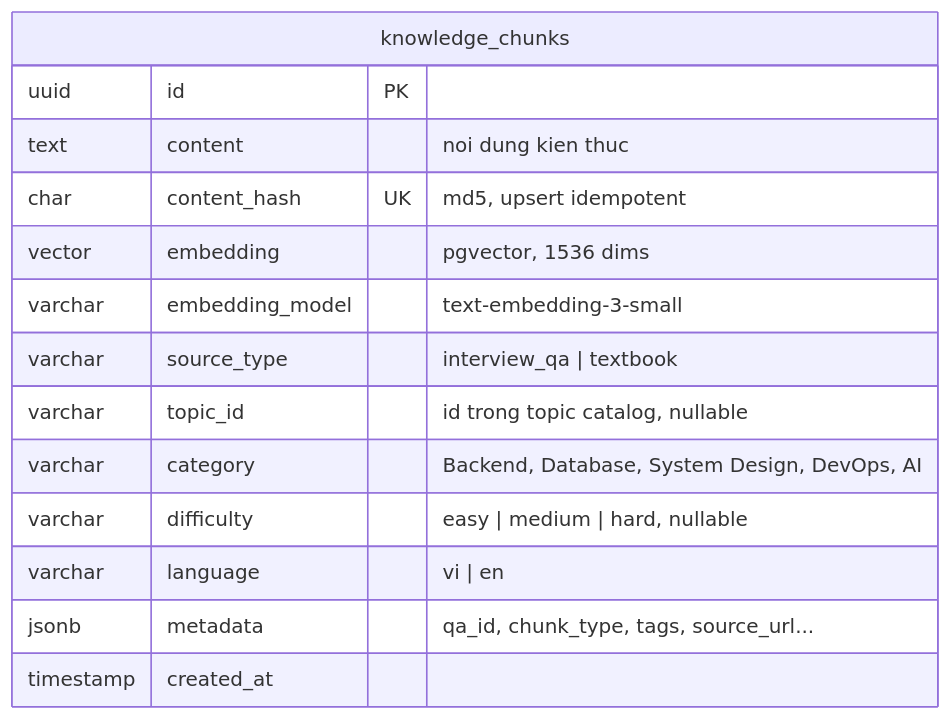
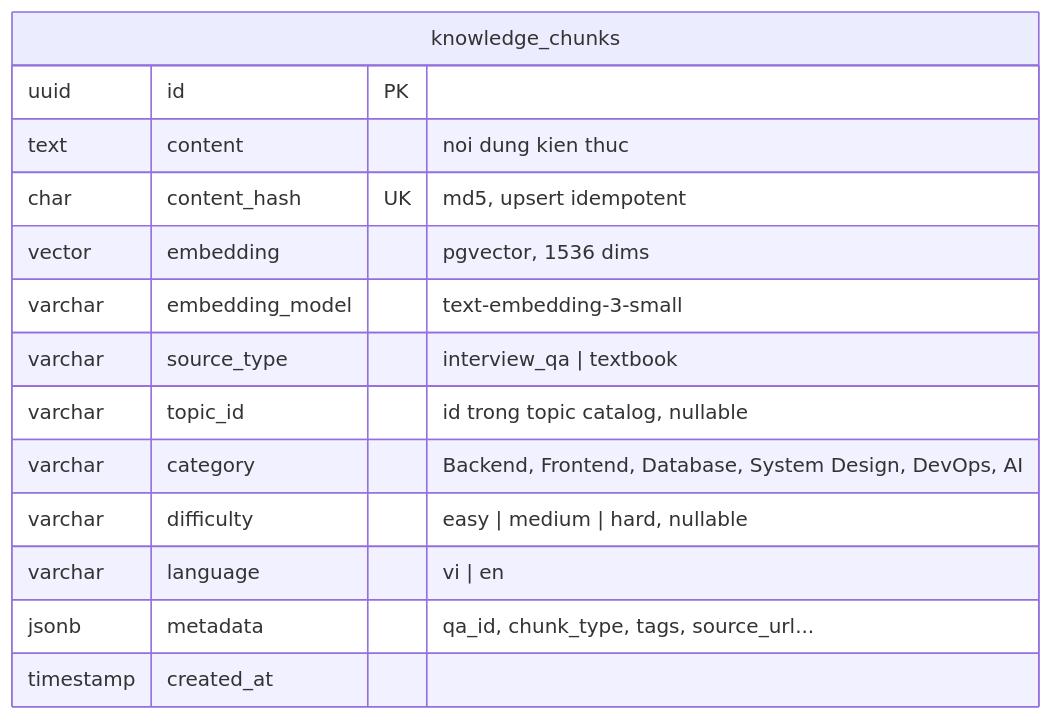
Before and after one commit to minhtuann1102/ai-recruitment-platform: the fifth of 5 diagrams in docs/architecture/data-model.md, drawn with Mermaid. The commit also changed 22 other files, not shown here.

````diff
--- a/docs/architecture/data-model.md
+++ b/docs/architecture/data-model.md
@@ -265,17 +265,17 @@
 ```mermaid
 erDiagram
     knowledge_chunks {
         uuid id PK
         text content "noi dung kien thuc"
         char content_hash UK "md5, upsert idempotent"
         vector embedding "pgvector, 1536 dims"
         varchar embedding_model "text-embedding-3-small"
         varchar source_type "interview_qa | textbook"
         varchar topic_id "id trong topic catalog, nullable"
-        varchar category "Backend, Database, System Design, DevOps, AI"
+        varchar category "Backend, Frontend, Database, System Design, DevOps, AI"
         varchar difficulty "easy | medium | hard, nullable"
         varchar language "vi | en"
         jsonb metadata "qa_id, chunk_type, tags, source_url..."
         timestamp created_at
     }
 ```
````
